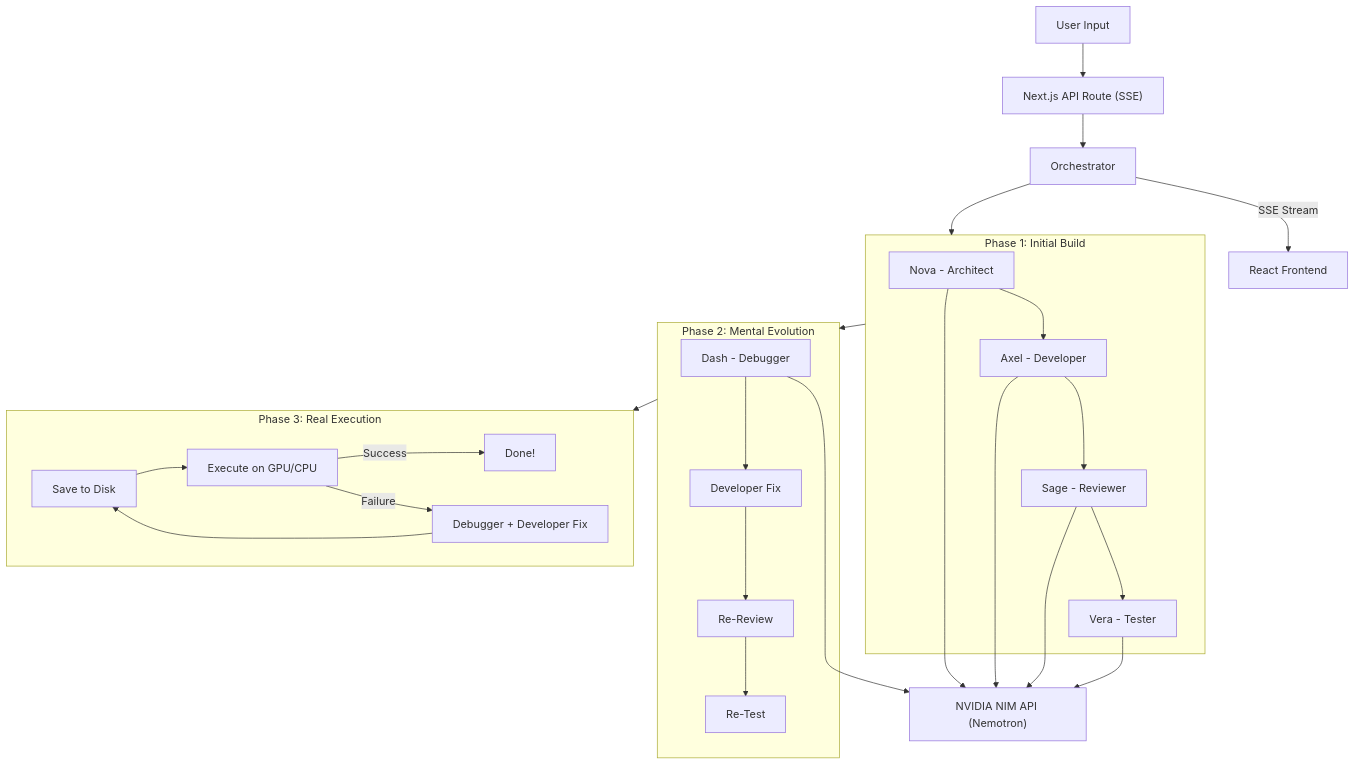
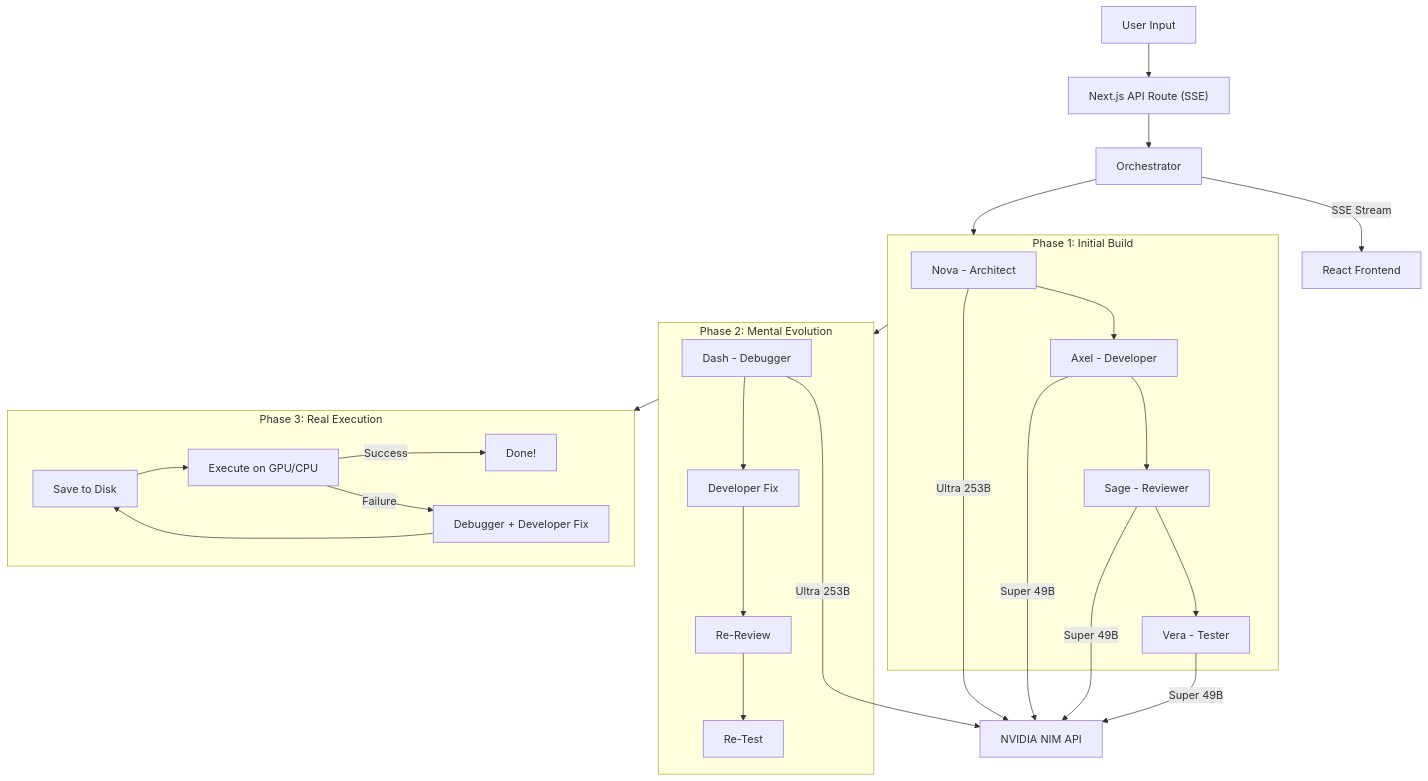
The diagram in README.md (stanley1208/NemoTeam), drawn with Mermaid before and after one commit. The commit also changed other lines of this file and 14 other files, not shown here.

First line of the commit message:
Upgrade to Nemotron Ultra 253B + Open Evolve unlimited self-debugging

````diff
--- a/README.md
+++ b/README.md
@@ -81,30 +85,31 @@
 ```mermaid
 flowchart TB
     User["User Input"] --> API["Next.js API Route (SSE)"]
     API --> Orch["Orchestrator"]
     
     subgraph Phase1["Phase 1: Initial Build"]
         A1["Nova - Architect"] --> A2["Axel - Developer"]
         A2 --> A3["Sage - Reviewer"]
         A3 --> A4["Vera - Tester"]
     end
     
     subgraph Phase2["Phase 2: Mental Evolution"]
         A5["Dash - Debugger"] --> A6["Developer Fix"]
         A6 --> A7["Re-Review"] --> A8["Re-Test"]
     end
     
     subgraph Phase3["Phase 3: Real Execution"]
         Save["Save to Disk"] --> Exec["Execute on GPU/CPU"]
         Exec -->|Success| Done["Done!"]
         Exec -->|Failure| Debug["Debugger + Developer Fix"]
         Debug --> Save
     end
     
     Orch --> Phase1
     Phase1 --> Phase2
     Phase2 --> Phase3
     
-    A1 & A2 & A3 & A4 & A5 --> NIM["NVIDIA NIM API (Nemotron)"]
+    A1 & A5 -->|"Ultra 253B"| NIM70["NVIDIA NIM API"]
+    A2 & A3 & A4 -->|"Super 49B"| NIM70
     Orch -->|SSE Stream| UI["React Frontend"]
 ```
````
